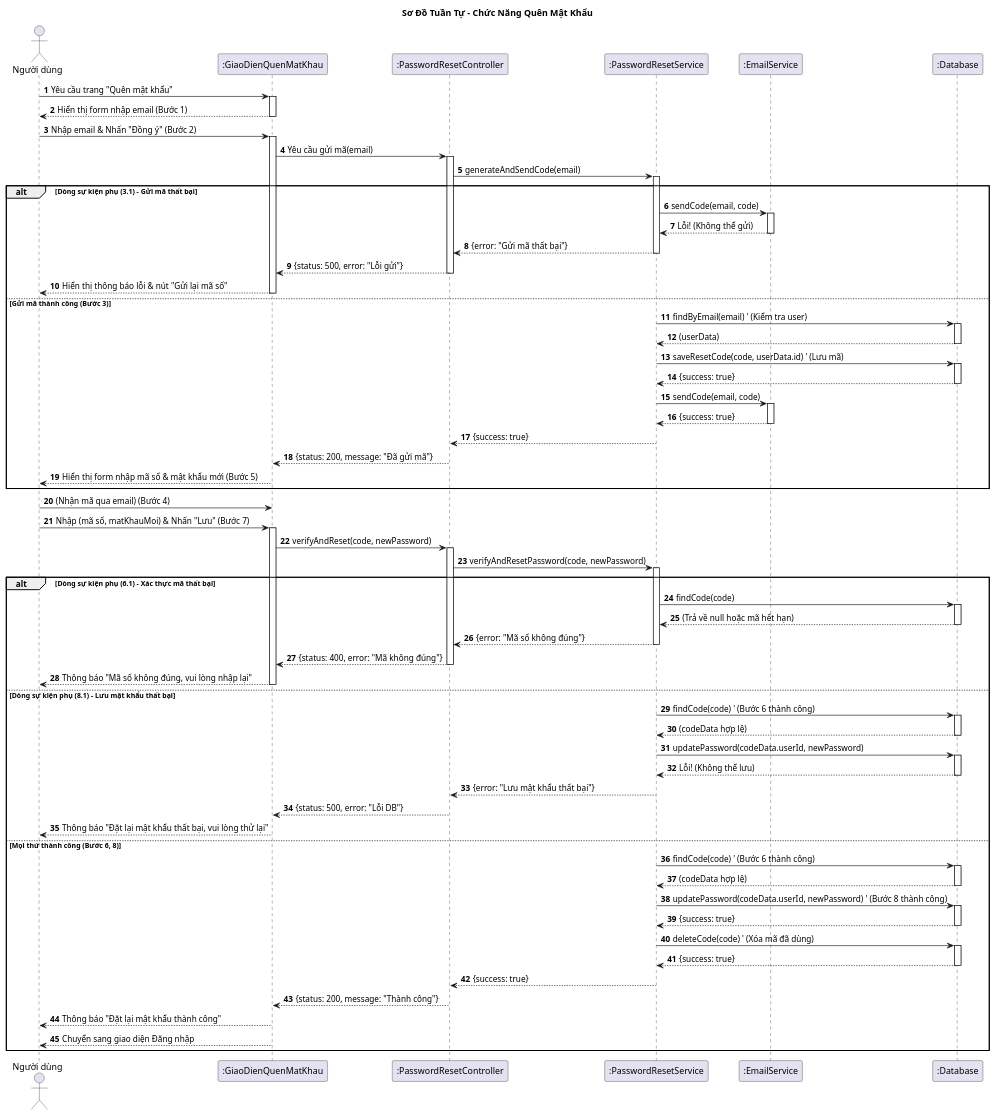
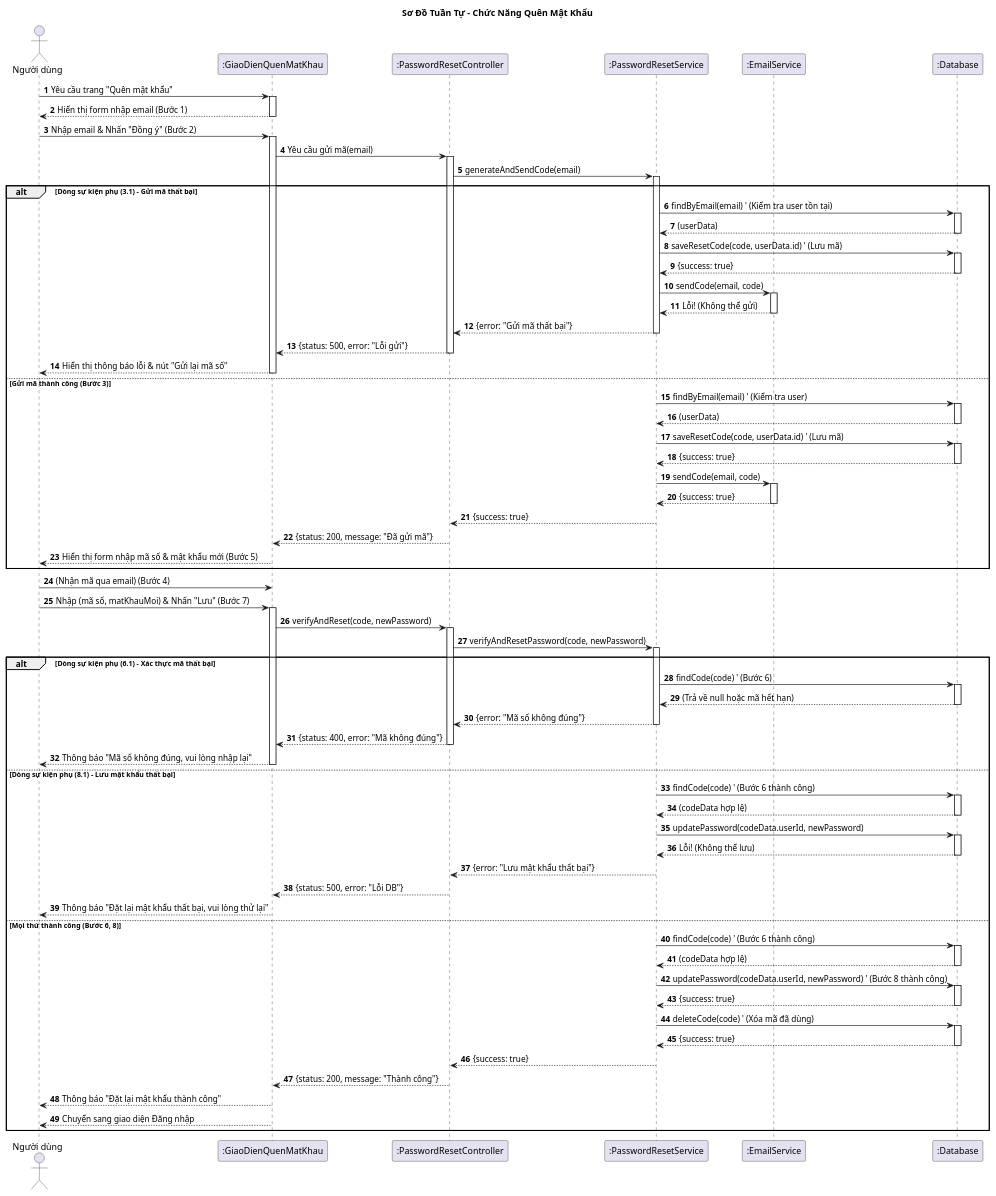
Before and after one commit to vinh047/soundwave: the diagram in Diagrams/SequenceDiagram/ForgotPasswordSD.plantuml, drawn with PlantUML. The commit also changed 9 other files, not shown here.

Commit message:
Update: Fix Sequence Diagram from 1 to 10

```diff
--- a/Diagrams/SequenceDiagram/ForgotPasswordSD.plantuml
+++ b/Diagrams/SequenceDiagram/ForgotPasswordSD.plantuml
@@ -1,133 +1,142 @@
 @startuml Sequence Diagram - Quên Mật Khẩu
 
 title Sơ Đồ Tuần Tự - Chức Năng Quên Mật Khẩu
 
 actor "Người dùng" as User
 participant ":GiaoDienQuenMatKhau" as UI
 participant ":PasswordResetController" as Controller
 participant ":PasswordResetService" as Service
 participant ":EmailService" as EmailService
 participant ":Database" as DB
 
 autonumber
 
 ' === Dòng sự kiện chính (bước 1, 2): Nhập email ===
 User -> UI: Yêu cầu trang "Quên mật khẩu"
 activate UI
 UI --> User: Hiển thị form nhập email (Bước 1)
 deactivate UI
 
 User -> UI: Nhập email & Nhấn "Đồng ý" (Bước 2)
 activate UI
 UI -> Controller: Yêu cầu gửi mã(email)
 activate Controller
 Controller -> Service: generateAndSendCode(email)
 activate Service
 
 ' === Dòng sự kiện (bước 3) & Dòng sự kiện phụ (3.1) ===
 alt Dòng sự kiện phụ (3.1) - Gửi mã thất bại
+    Service -> DB: findByEmail(email) ' (Kiểm tra user tồn tại)
+    activate DB
+    DB --> Service: (userData)
+    deactivate DB
+    Service -> DB: saveResetCode(code, userData.id) ' (Lưu mã)
+    activate DB
+    DB --> Service: {success: true}
+    deactivate DB
+    
     Service -> EmailService: sendCode(email, code)
     activate EmailService
     EmailService --> Service: Lỗi! (Không thể gửi)
     deactivate EmailService
     Service --> Controller: {error: "Gửi mã thất bại"}
     deactivate Service
     Controller --> UI: {status: 500, error: "Lỗi gửi"}
     deactivate Controller
     
     UI --> User: Hiển thị thông báo lỗi & nút "Gửi lại mã số"
     deactivate UI
 
 else Gửi mã thành công (Bước 3)
     Service -> DB: findByEmail(email) ' (Kiểm tra user)
     activate DB
     DB --> Service: (userData)
     deactivate DB
     Service -> DB: saveResetCode(code, userData.id) ' (Lưu mã)
     activate DB
     DB --> Service: {success: true}
     deactivate DB
     
     Service -> EmailService: sendCode(email, code)
     activate EmailService
     EmailService --> Service: {success: true}
     deactivate EmailService
     
     Service --> Controller: {success: true}
     deactivate Service
     Controller --> UI: {status: 200, message: "Đã gửi mã"}
     deactivate Controller
     
     UI --> User: Hiển thị form nhập mã số & mật khẩu mới (Bước 5)
     deactivate UI
 end
 
 ' === Dòng sự kiện chính (bước 4, 7): Nhập mã và mật khẩu mới ===
 User -> UI: (Nhận mã qua email) (Bước 4)
 User -> UI: Nhập (mã số, matKhauMoi) & Nhấn "Lưu" (Bước 7)
 activate UI
 UI -> Controller: verifyAndReset(code, newPassword)
 activate Controller
 Controller -> Service: verifyAndResetPassword(code, newPassword)
 activate Service
 
 ' === Dòng sự kiện (bước 6, 8) & Dòng sự kiện phụ (6.1, 8.1) ===
 alt Dòng sự kiện phụ (6.1) - Xác thực mã thất bại
-    Service -> DB: findCode(code)
+    Service -> DB: findCode(code) ' (Bước 6)
     activate DB
     DB --> Service: (Trả về null hoặc mã hết hạn)
     deactivate DB
     Service --> Controller: {error: "Mã số không đúng"}
     deactivate Service
     Controller --> UI: {status: 400, error: "Mã không đúng"}
     deactivate Controller
     
     UI --> User: Thông báo "Mã số không đúng, vui lòng nhập lại"
     deactivate UI
 
 else Dòng sự kiện phụ (8.1) - Lưu mật khẩu thất bại
     Service -> DB: findCode(code) ' (Bước 6 thành công)
     activate DB
     DB --> Service: (codeData hợp lệ)
     deactivate DB
     
     ' (Bước 8: Lưu mật khẩu mới)
     Service -> DB: updatePassword(codeData.userId, newPassword)
     activate DB
     DB --> Service: Lỗi! (Không thể lưu)
     deactivate DB
     Service --> Controller: {error: "Lưu mật khẩu thất bại"}
     deactivate Service
     Controller --> UI: {status: 500, error: "Lỗi DB"}
     deactivate Controller
     
     UI --> User: Thông báo "Đặt lại mật khẩu thất bại, vui lòng thử lại"
     deactivate UI
     
 else Mọi thứ thành công (Bước 6, 8)
     Service -> DB: findCode(code) ' (Bước 6 thành công)
     activate DB
     DB --> Service: (codeData hợp lệ)
     deactivate DB
     
     Service -> DB: updatePassword(codeData.userId, newPassword) ' (Bước 8 thành công)
     activate DB
     DB --> Service: {success: true}
     deactivate DB
     
     Service -> DB: deleteCode(code) ' (Xóa mã đã dùng)
     activate DB
     DB --> Service: {success: true}
     deactivate DB
     
     Service --> Controller: {success: true}
     deactivate Service
     Controller --> UI: {status: 200, message: "Thành công"}
     deactivate Controller
     
     ' === Dòng sự kiện chính (bước 9): Chuyển giao diện ===
     UI --> User: Thông báo "Đặt lại mật khẩu thành công"
     UI --> User: Chuyển sang giao diện Đăng nhập
     deactivate UI
 end
 @enduml
```
